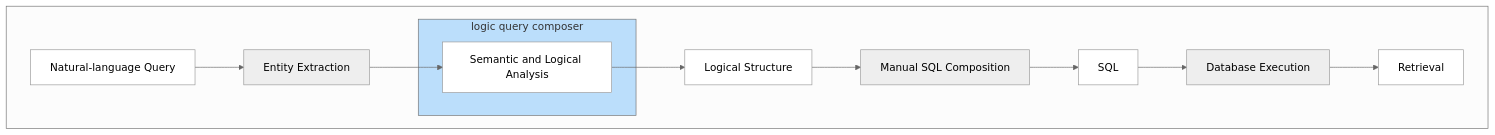
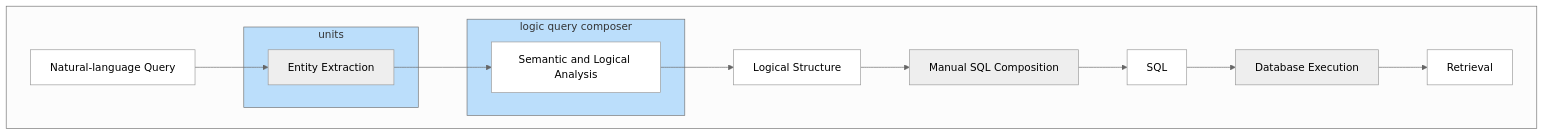
The second of 3 diagrams in README.md (seanox/seanox-ai-nlp), drawn with Mermaid before and after one commit.

Commit message:
#0000 Documentation: Update of content

````diff
--- a/README.md
+++ b/README.md
@@ -68,32 +68,35 @@
 ```mermaid
 ---
 config:
   theme: neutral
 ---
 flowchart TD
     subgraph subGraph2[" "]
         D["Natural-language Query"]
-        E["Entity Extraction"]
-        subgraph subGraph2-1["logic query composer"]
+        subgraph subGraph2-1["units"]
+            E["Entity Extraction"]
+        end
+        subgraph subGraph2-2["logic query composer"]
             F["Semantic and Logical Analysis"]
         end
         G["Logical Structure"]
         H["Manual SQL Composition"]
         I["SQL"]
         J["Database Execution"]
         K["Retrieval"]
     end
     D --> E
     E --> F
     F --> G
     G --> H
     H --> I
     I --> J
     J --> K
     style subGraph2-1 fill:#BBDEFB
+    style subGraph2-2 fill:#BBDEFB
     style D fill:#FFFFFF
     style F fill:#FFFFFF
     style G fill:#FFFFFF
     style I fill:#FFFFFF
     style K fill:#FFFFFF
 ```
````
